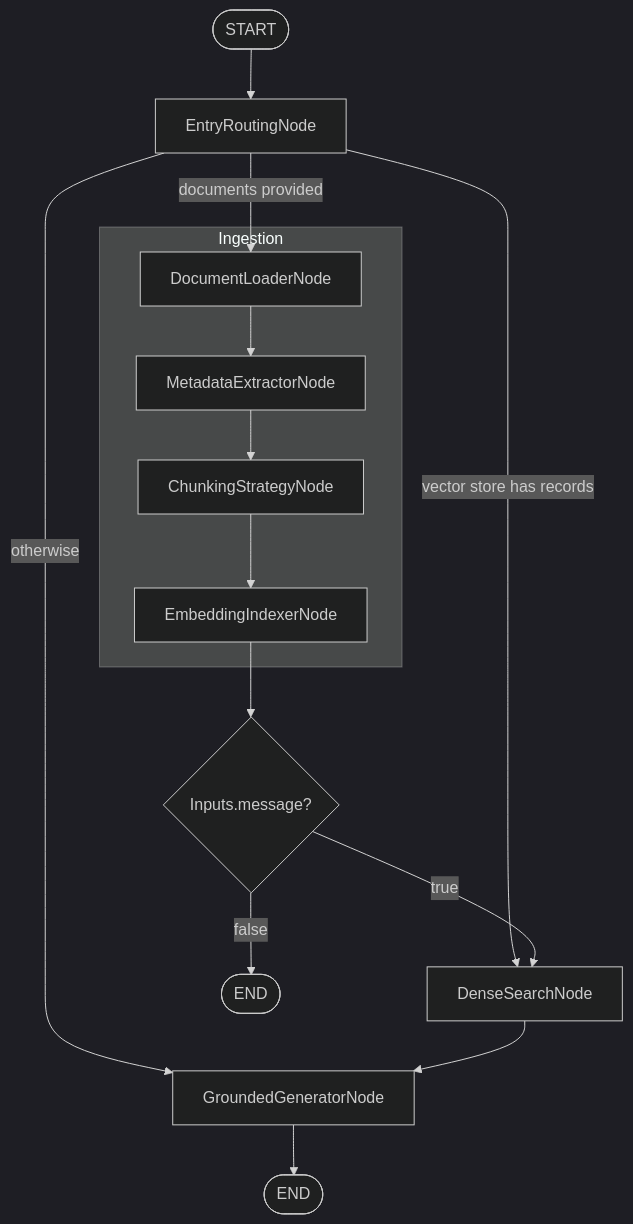
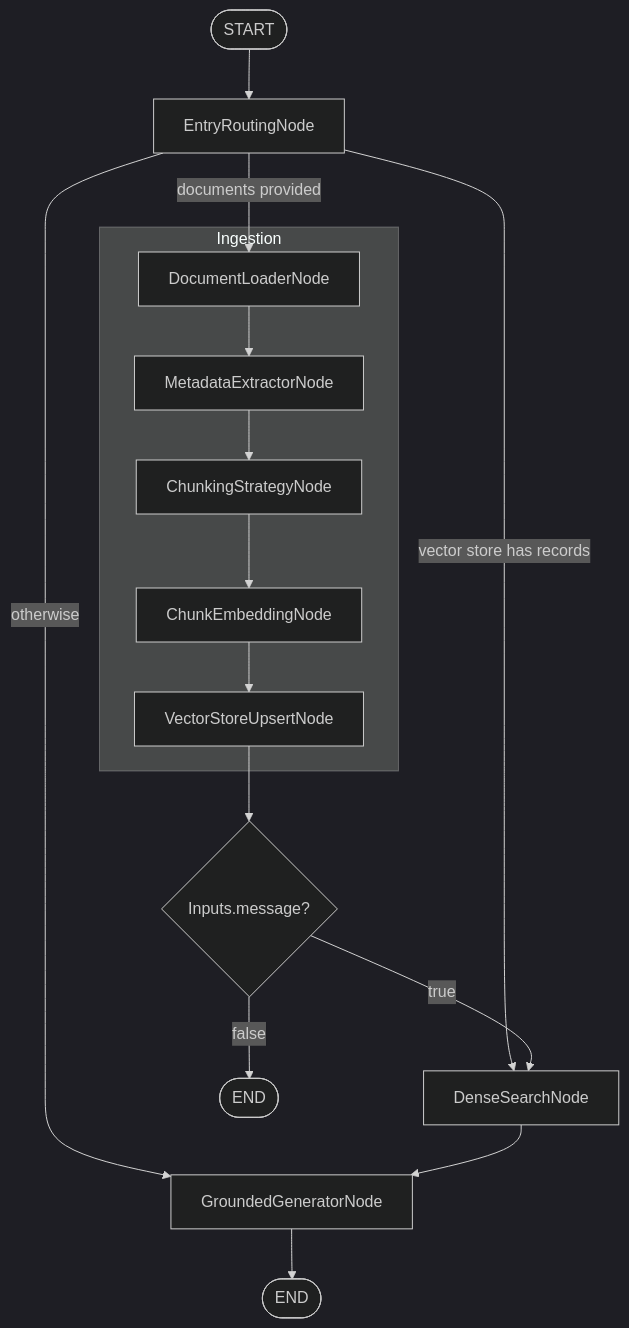
One commit to ShaojieJiang/orcheo changed the diagram in examples/conversational_search/demo_1_basic_rag/README.md. Above: the diagram before and after it, drawn with Mermaid (dark theme). The commit also changed other lines of this file and 12 other files, not shown here.

Commit message:
Split EmbeddingIndexerNode into two separate nodes

````diff
--- a/examples/conversational_search/demo_1_basic_rag/README.md
+++ b/examples/conversational_search/demo_1_basic_rag/README.md
@@ -77,17 +77,17 @@
 ```mermaid
 flowchart TD
     start([START]) --> entry[EntryRoutingNode]
     entry -->|documents provided| loader[DocumentLoaderNode]
     entry -->|vector store has records| search[DenseSearchNode]
     entry -->|otherwise| generator[GroundedGeneratorNode]
 
     subgraph Ingestion
-        loader --> metadata[MetadataExtractorNode] --> chunking[ChunkingStrategyNode] --> indexer[EmbeddingIndexerNode]
+        loader --> metadata[MetadataExtractorNode] --> chunking[ChunkingStrategyNode] --> chunk_embedding[ChunkEmbeddingNode] --> vector_upsert[VectorStoreUpsertNode]
     end
 
-    indexer --> post{Inputs.message?}
+    vector_upsert --> post{Inputs.message?}
     post -->|true| search
     post -->|false| end1([END])
 
     search --> generator --> end2([END])
 ```
````
